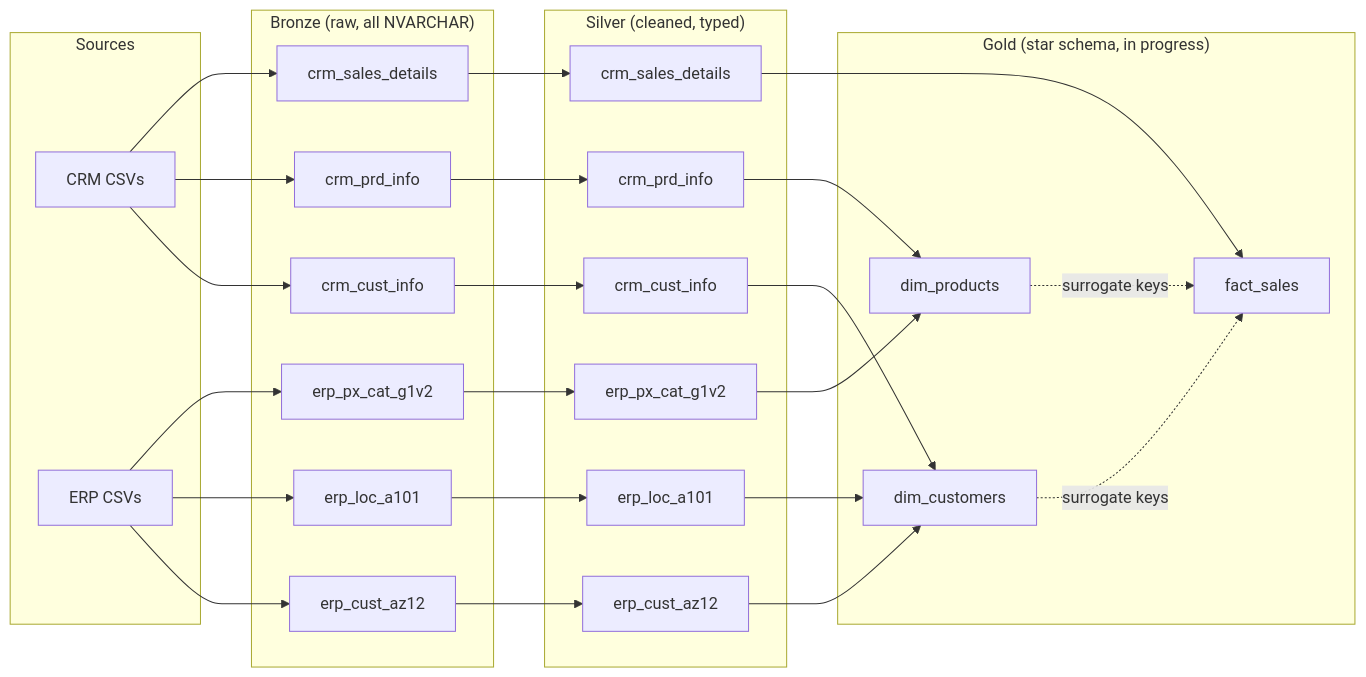
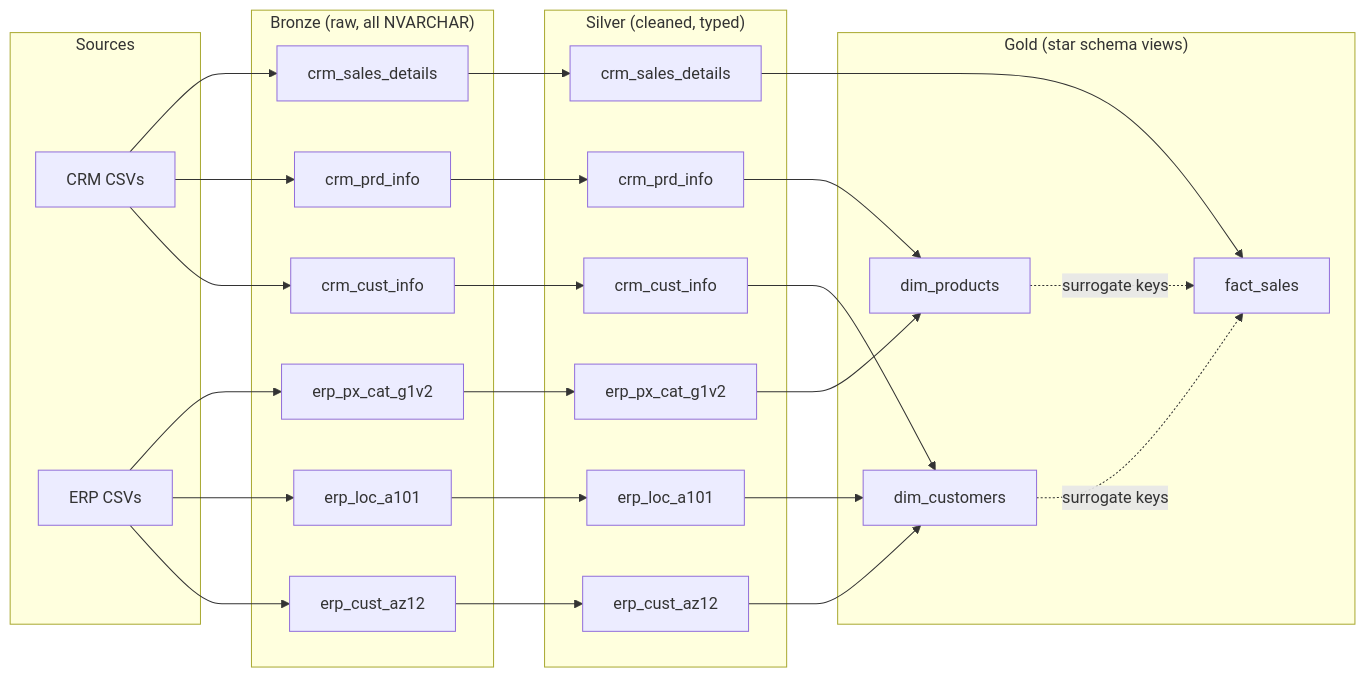
Before and after one commit to Ashwannii-20/SQL-Data-Warehouse-Project: the diagram in docs/data_flow.md, drawn with Mermaid. The commit also changed 5 other files, not shown here.

Commit message:
Add Gold layer views, Gold quality checks, architecture and star schema docs

````diff
--- a/docs/data_flow.md
+++ b/docs/data_flow.md
@@ -7,40 +7,40 @@
 ```mermaid
 flowchart LR
     subgraph Sources
         CRM[CRM CSVs]
         ERP[ERP CSVs]
     end
     subgraph Bronze["Bronze (raw, all NVARCHAR)"]
         b1[crm_cust_info]
         b2[crm_prd_info]
         b3[crm_sales_details]
         b4[erp_cust_az12]
         b5[erp_loc_a101]
         b6[erp_px_cat_g1v2]
     end
     subgraph Silver["Silver (cleaned, typed)"]
         s1[crm_cust_info]
         s2[crm_prd_info]
         s3[crm_sales_details]
         s4[erp_cust_az12]
         s5[erp_loc_a101]
         s6[erp_px_cat_g1v2]
     end
-    subgraph Gold["Gold (star schema, in progress)"]
+    subgraph Gold["Gold (star schema views)"]
         g1[dim_customers]
         g2[dim_products]
         g3[fact_sales]
     end
     CRM --> b1 & b2 & b3
     ERP --> b4 & b5 & b6
     b1 --> s1
     b2 --> s2
     b3 --> s3
     b4 --> s4
     b5 --> s5
     b6 --> s6
     s1 & s4 & s5 --> g1
     s2 & s6 --> g2
     s3 --> g3
     g1 & g2 -.surrogate keys.-> g3
 ```
````
